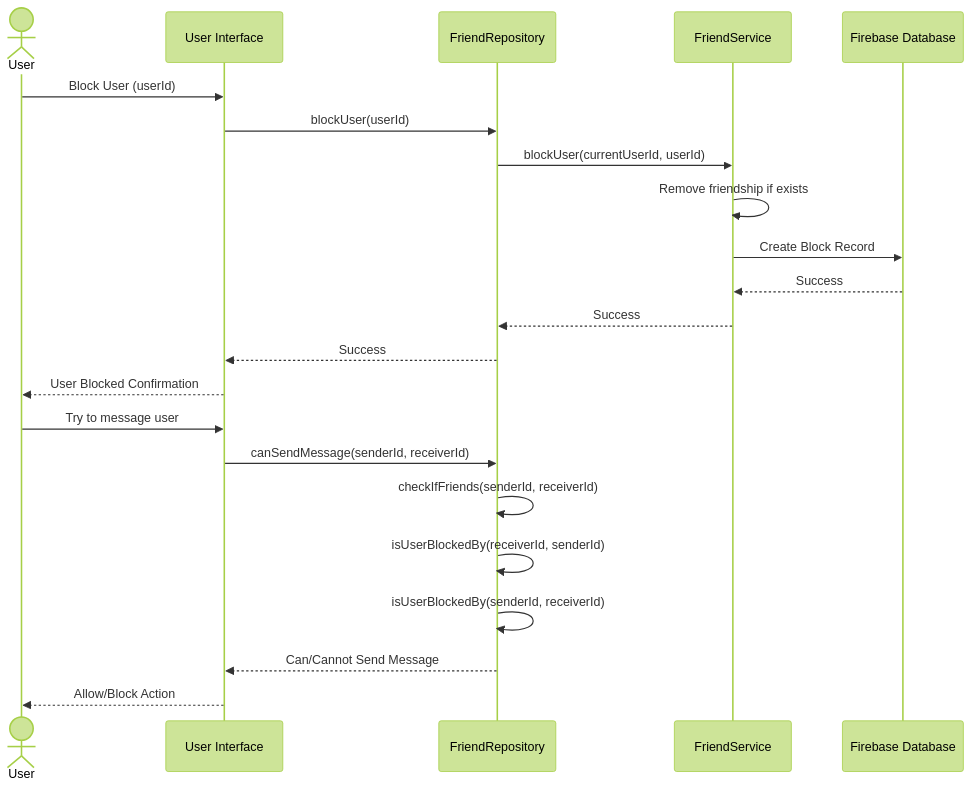
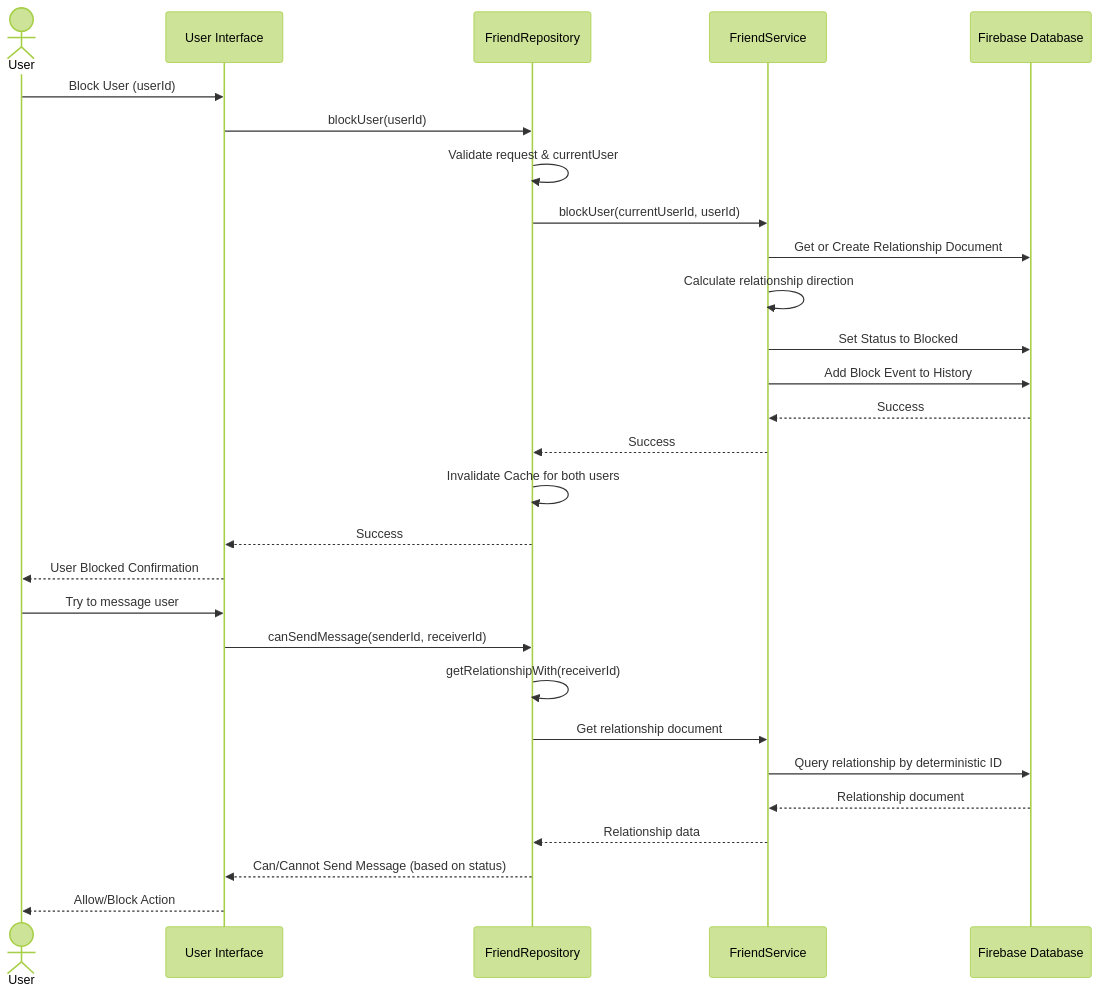
The third of 4 diagrams in docs/friend_diagrams.md (DuckBuck-Studios/DuckBuck-AI-Walkie-Talkie), drawn with Mermaid (forest theme) before and after one commit. The commit also changed other lines of this file and 18 other files, not shown here.

````diff
--- a/docs/friend_diagrams.md
+++ b/docs/friend_diagrams.md
@@ -120,28 +163,34 @@
 ```mermaid
 sequenceDiagram
     actor User
     participant UI as User Interface
     participant FriendRepo as FriendRepository
     participant FriendSvc as FriendService
     participant DB as Firebase Database
 
     %% Block User Flow
     User->>UI: Block User (userId)
     UI->>FriendRepo: blockUser(userId)
+    FriendRepo->>FriendRepo: Validate request & currentUser
     FriendRepo->>FriendSvc: blockUser(currentUserId, userId)
-    FriendSvc->>FriendSvc: Remove friendship if exists
-    FriendSvc->>DB: Create Block Record
+    FriendSvc->>DB: Get or Create Relationship Document
+    FriendSvc->>FriendSvc: Calculate relationship direction
+    FriendSvc->>DB: Set Status to Blocked
+    FriendSvc->>DB: Add Block Event to History
     DB-->>FriendSvc: Success
     FriendSvc-->>FriendRepo: Success
+    FriendRepo->>FriendRepo: Invalidate Cache for both users
     FriendRepo-->>UI: Success
     UI-->>User: User Blocked Confirmation
     
     %% Check if blocked before interaction
     User->>UI: Try to message user
     UI->>FriendRepo: canSendMessage(senderId, receiverId)
-    FriendRepo->>FriendRepo: checkIfFriends(senderId, receiverId)
-    FriendRepo->>FriendRepo: isUserBlockedBy(receiverId, senderId)
-    FriendRepo->>FriendRepo: isUserBlockedBy(senderId, receiverId)
-    FriendRepo-->>UI: Can/Cannot Send Message
+    FriendRepo->>FriendRepo: getRelationshipWith(receiverId)
+    FriendRepo->>FriendSvc: Get relationship document
+    FriendSvc->>DB: Query relationship by deterministic ID
+    DB-->>FriendSvc: Relationship document
+    FriendSvc-->>FriendRepo: Relationship data
+    FriendRepo-->>UI: Can/Cannot Send Message (based on status)
     UI-->>User: Allow/Block Action
 ```
````
